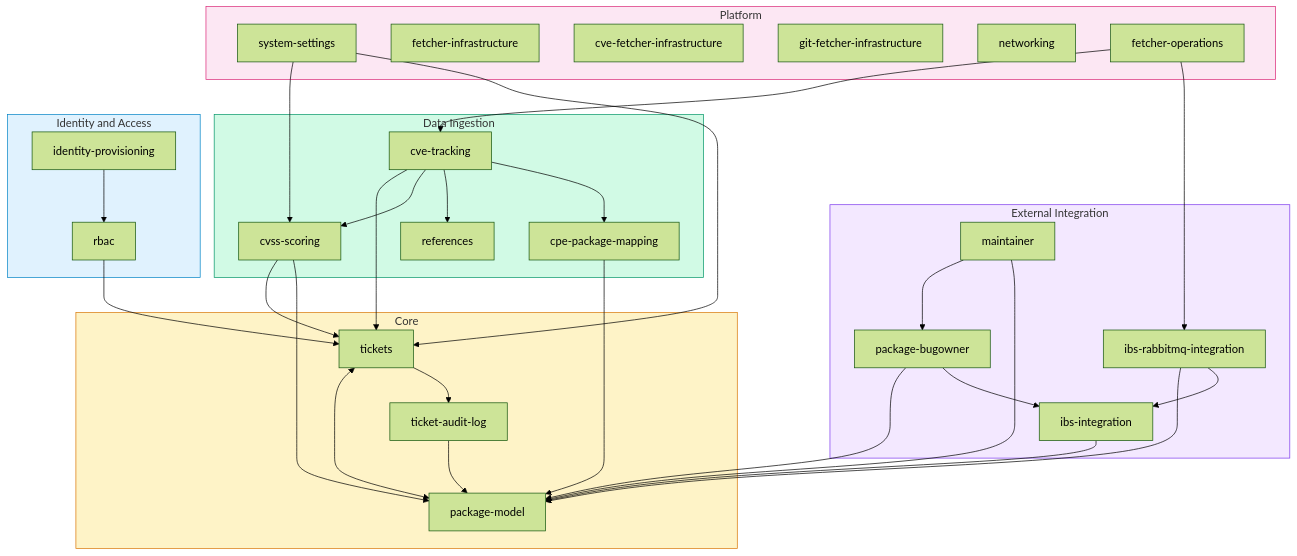
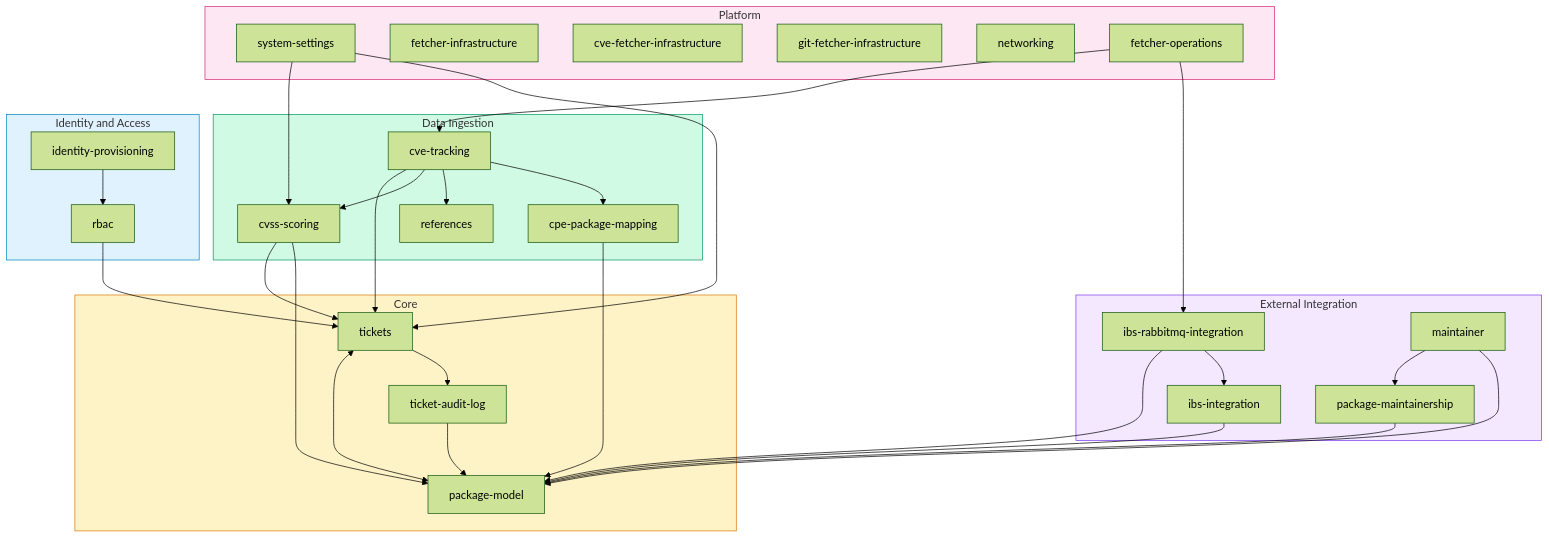
The seventh of 7 diagrams in docs/system-map.md (StayPirate/STAMP), drawn with Mermaid (forest theme) before and after one commit. The commit also changed other lines of this file and 20 other files, not shown here.

Commit message:
docs: define package maintainership contract (#441)

````diff
--- a/docs/system-map.md
+++ b/docs/system-map.md
@@ -695,77 +690,76 @@
 ```mermaid
 flowchart TD
     subgraph core["Core"]
         TICKETS["tickets"]
         HISTORY["ticket-audit-log"]
         PKG["package-model"]
     end
 
     subgraph ingestion["Data Ingestion"]
         CVE["cve-tracking"]
         CVSS["cvss-scoring"]
         REFS["references"]
         CPE_MAP["cpe-package-mapping"]
     end
 
     subgraph integration["External Integration"]
         OBS["ibs-integration"]
         RABBIT["ibs-rabbitmq-integration"]
-        BUGOWNER["package-bugowner"]
+        MAINTAINERSHIP["package-maintainership"]
         MAINT["maintainer"]
     end
 
     subgraph identity["Identity and Access"]
         IDP["identity-provisioning"]
         RBAC["rbac"]
     end
 
     subgraph platform["Platform"]
         SETTINGS["system-settings"]
         FETCHER_INFRA["fetcher-infrastructure"]
         CVE_FETCHER_INFRA["cve-fetcher-infrastructure"]
         GIT_FETCHER_INFRA["git-fetcher-infrastructure"]
         NETWORKING["networking"]
         FETCHER["fetcher-operations"]
     end
 
     %% Core internal links
     TICKETS <--> PKG
     TICKETS --> HISTORY
 
     %% Ingestion → Core
     CVE --> TICKETS
     CVE --> CVSS
     CVE --> REFS
     CVE --> CPE_MAP
     CPE_MAP --> PKG
     CVSS --> TICKETS
     CVSS --> PKG
 
     %% Integration → Core
     OBS --> PKG
     RABBIT --> PKG
     RABBIT --> OBS
-    BUGOWNER --> PKG
-    BUGOWNER --> OBS
-    MAINT --> BUGOWNER
+    MAINTAINERSHIP --> PKG
+    MAINT --> MAINTAINERSHIP
     MAINT --> PKG
 
     %% Identity → Core
     IDP --> RBAC
     RBAC --> TICKETS
 
     %% Platform → everything
     SETTINGS --> CVSS
     SETTINGS --> TICKETS
     FETCHER --> CVE
     FETCHER --> RABBIT
 
     %% History links
     HISTORY --> PKG
 
     style core fill:#fef3c7,stroke:#d97706
     style ingestion fill:#d1fae5,stroke:#059669
     style integration fill:#f3e8ff,stroke:#7c3aed
     style identity fill:#e0f2fe,stroke:#0284c7
     style platform fill:#fce7f3,stroke:#db2777
 ```
````
